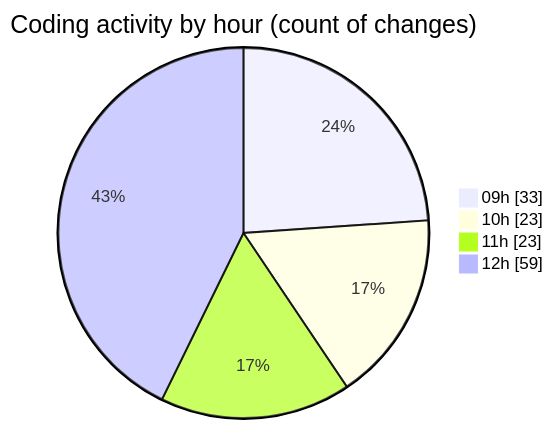
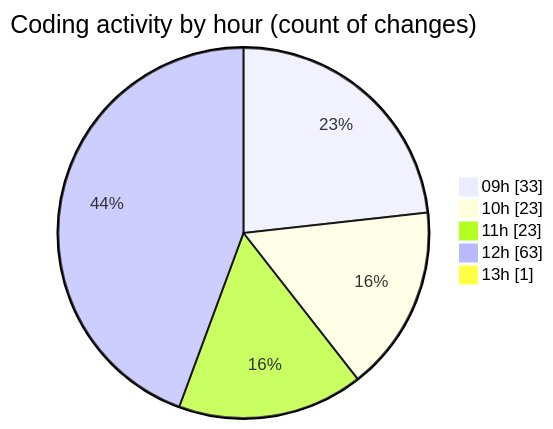
The second of 2 diagrams in 2025-05-20/ecodeli-1/README.md (CELIANVF/code-tracking), drawn with Mermaid before and after one commit. The commit also changed other lines of this file and 1 other file, not shown here.

````diff
--- a/2025-05-20/ecodeli-1/README.md
+++ b/2025-05-20/ecodeli-1/README.md
@@ -84,8 +86,9 @@
 ```mermaid
 pie showData
 title Coding activity by hour (count of changes)
 "09h" : 33
 "10h" : 23
 "11h" : 23
-"12h" : 59
+"12h" : 63
+"13h" : 1
 ```
````
